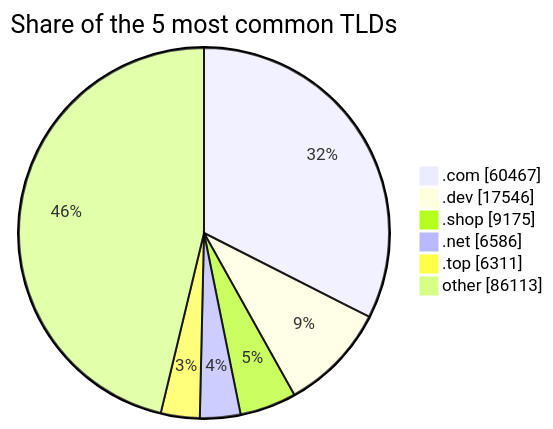
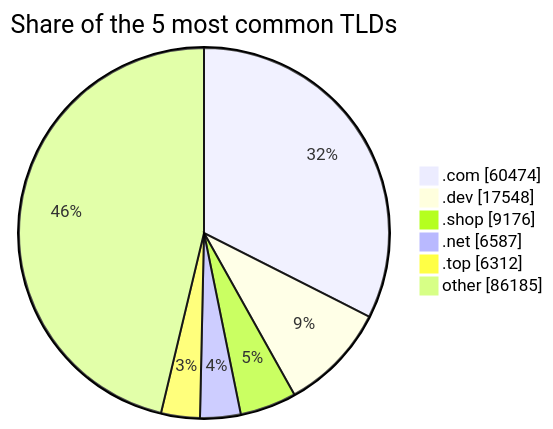
One commit to DNSBunker/CTI changed the third of 3 diagrams in README.md. Above: the diagram before and after it, drawn with Mermaid. The commit also changed other lines of this file and 3 other files, not shown here.

````diff
--- a/README.md
+++ b/README.md
@@ -81,9 +81,9 @@
 ```mermaid
 pie showData title Share of the 5 most common TLDs
-    ".com" : 60467
-    ".dev" : 17546
-    ".shop" : 9175
-    ".net" : 6586
-    ".top" : 6311
-    "other" : 86113
+    ".com" : 60474
+    ".dev" : 17548
+    ".shop" : 9176
+    ".net" : 6587
+    ".top" : 6312
+    "other" : 86185
 ```
````
